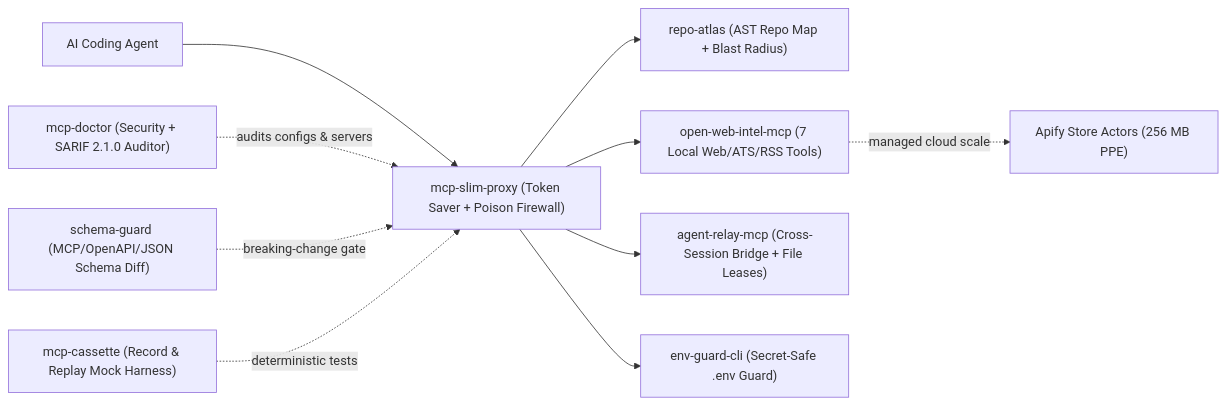
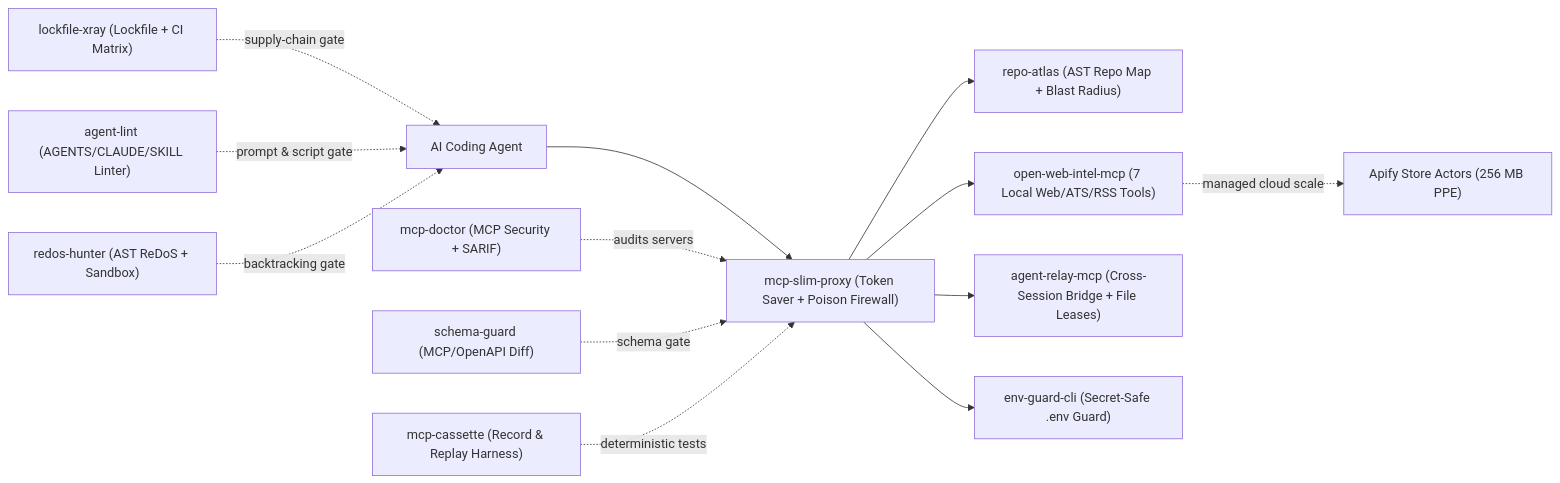
Before and after one commit to pie527645-cloud/pie527645-cloud: the diagram in README.md, drawn with Mermaid. The commit also changed other lines of this file, not shown here.

Commit message:
docs: add Wave 4 tools (lockfile-xray, agent-lint, redos-hunter)

````diff
--- a/README.md
+++ b/README.md
@@ -5,12 +5,15 @@
 ```mermaid
 flowchart LR
     Agent["AI Coding Agent"] --> Slim["mcp-slim-proxy (Token Saver + Poison Firewall)"]
     Slim --> Atlas["repo-atlas (AST Repo Map + Blast Radius)"]
     Slim --> WebIntel["open-web-intel-mcp (7 Local Web/ATS/RSS Tools)"]
     Slim --> Relay["agent-relay-mcp (Cross-Session Bridge + File Leases)"]
     Slim --> EnvGuard["env-guard-cli (Secret-Safe .env Guard)"]
-    Doctor["mcp-doctor (Security + SARIF 2.1.0 Auditor)"] -. audits configs & servers .-> Slim
-    Schema["schema-guard (MCP/OpenAPI/JSON Schema Diff)"] -. breaking-change gate .-> Slim
-    Cassette["mcp-cassette (Record & Replay Mock Harness)"] -. deterministic tests .-> Slim
+    Doctor["mcp-doctor (MCP Security + SARIF)"] -. audits servers .-> Slim
+    Schema["schema-guard (MCP/OpenAPI Diff)"] -. schema gate .-> Slim
+    Cassette["mcp-cassette (Record & Replay Harness)"] -. deterministic tests .-> Slim
+    Xray["lockfile-xray (Lockfile + CI Matrix)"] -. supply-chain gate .-> Agent
+    AgentLint["agent-lint (AGENTS/CLAUDE/SKILL Linter)"] -. prompt & script gate .-> Agent
+    Redos["redos-hunter (AST ReDoS + Sandbox)"] -. backtracking gate .-> Agent
     WebIntel -. managed cloud scale .-> Apify["Apify Store Actors (256 MB PPE)"]
 ```
````
